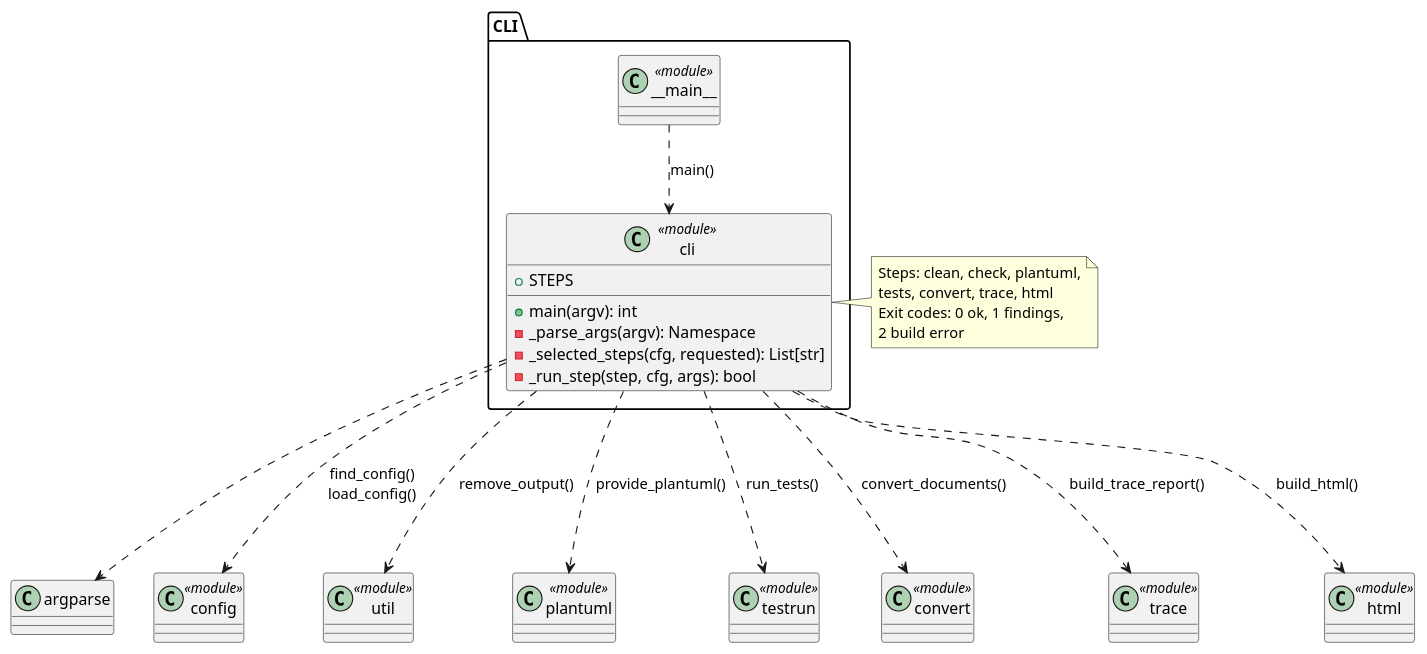
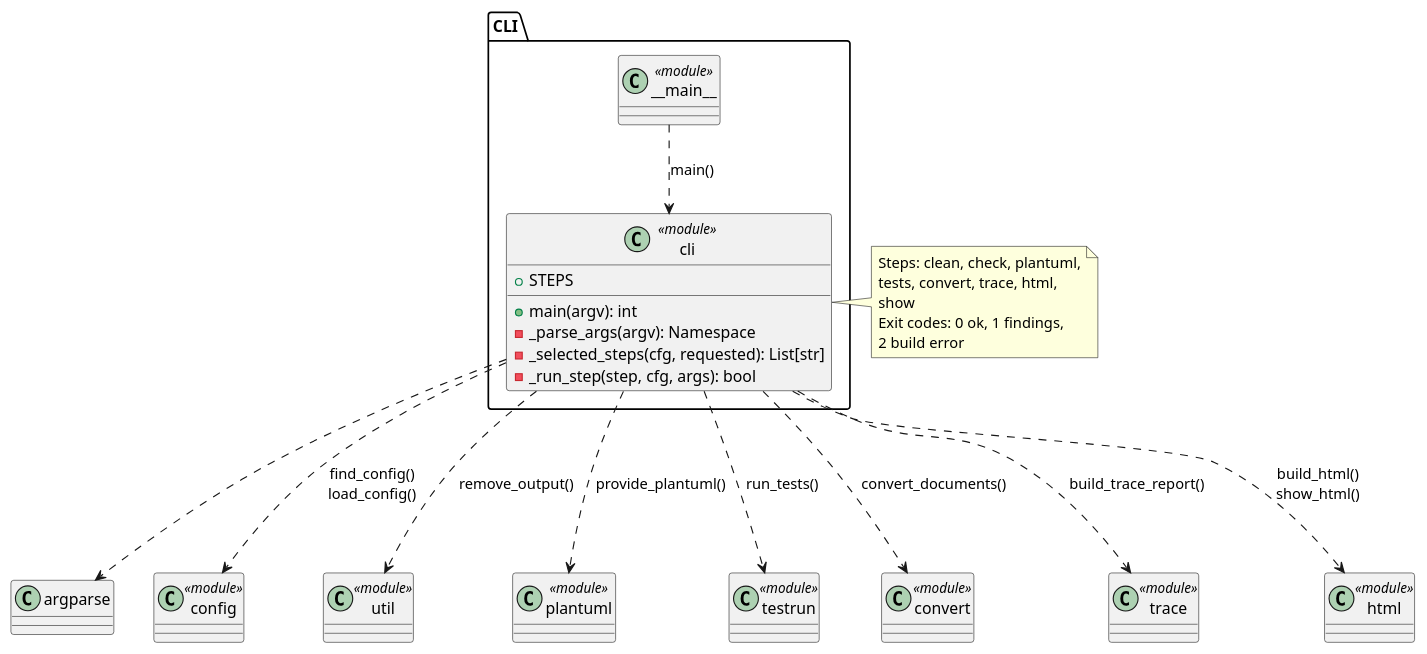
The diagram in trlc/swe-arch/img/comp_cli.puml (nhjschulz/trlc-doc), drawn with PlantUML before and after one commit. The commit also changed 9 other files, not shown here.

```diff
--- a/trlc/swe-arch/img/comp_cli.puml
+++ b/trlc/swe-arch/img/comp_cli.puml
@@ -1,41 +1,42 @@
 @startuml comp_cli
 
 package "CLI" {
     class "cli" as cli <<module>> {
         + STEPS
         + main(argv): int
         - _parse_args(argv): Namespace
         - _selected_steps(cfg, requested): List[str]
         - _run_step(step, cfg, args): bool
     }
 
     class "__main__" as main <<module>>
 }
 
 class "argparse" as argparser
 
 class "config" as config <<module>>
 class "util" as util <<module>>
 class "plantuml" as plantuml <<module>>
 class "testrun" as testrun <<module>>
 class "convert" as convert <<module>>
 class "trace" as trace <<module>>
 class "html" as html <<module>>
 
 main ..> cli : main()
 cli ...> argparser
 cli ...> config : find_config()\nload_config()
 cli ...> util : remove_output()
 cli ...> plantuml : provide_plantuml()
 cli ...> testrun : run_tests()
 cli ...> convert : convert_documents()
 cli ...> trace : build_trace_report()
-cli ...> html : build_html()
+cli ...> html : build_html()\nshow_html()
 
 note right of cli
   Steps: clean, check, plantuml,
-  tests, convert, trace, html
+  tests, convert, trace, html,
+  show
   Exit codes: 0 ok, 1 findings,
   2 build error
 end note
 @enduml
```
